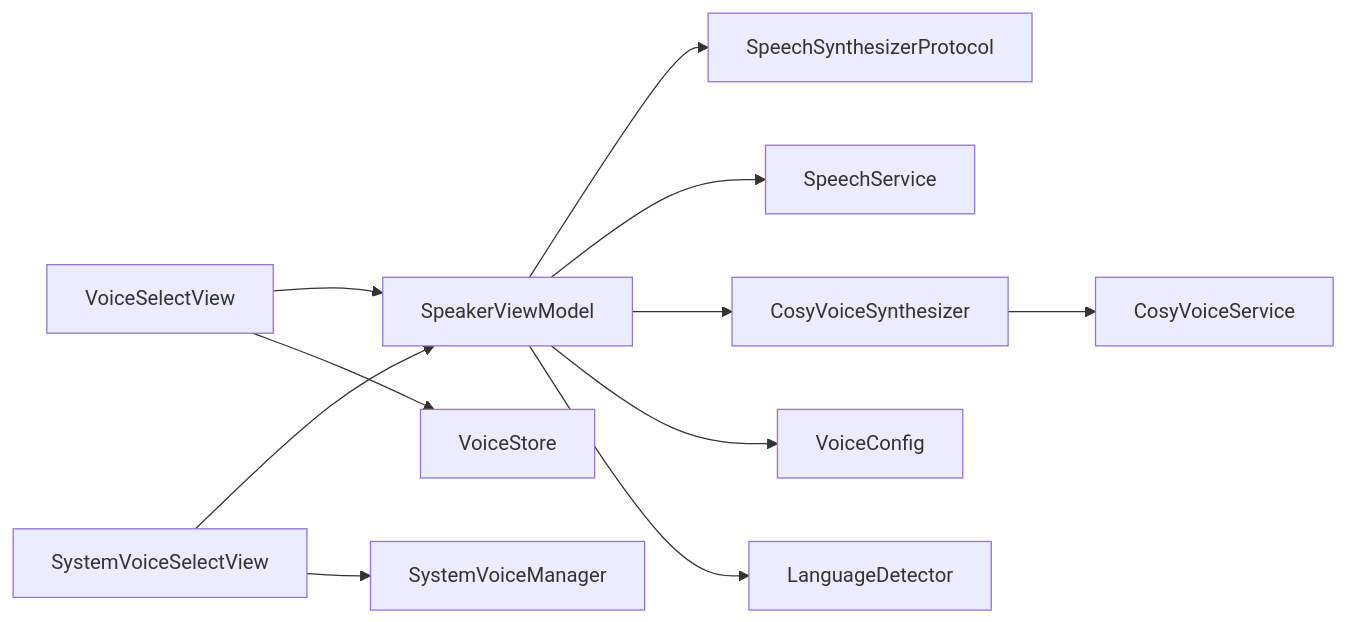
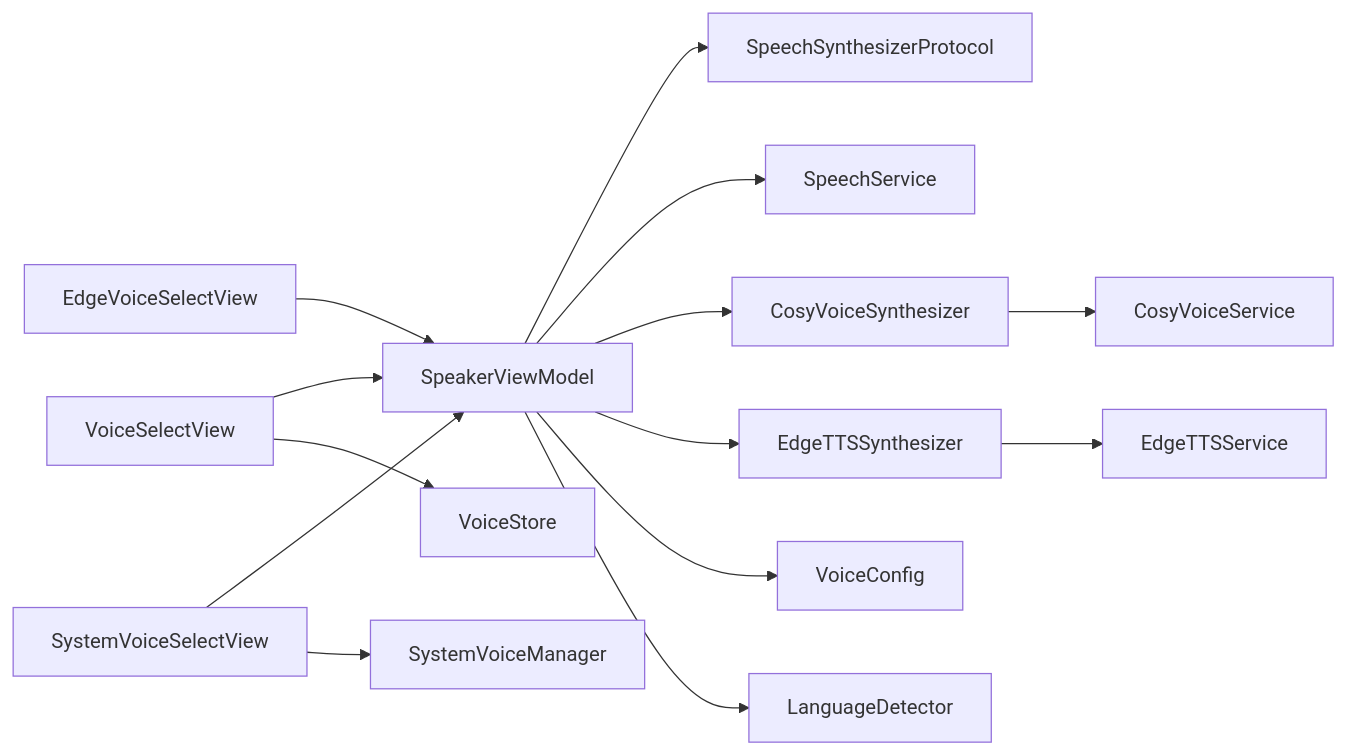
Before and after one commit to Primoguo/VoiceReader: diagram 12 of 12 in .qoder/repowiki/zh/content/用户界面设计/设置界面/语音选择界面.md, drawn with Mermaid. The commit also changed other lines of this file and 29 other files, not shown here.

````diff
--- a/.qoder/repowiki/zh/content/用户界面设计/设置界面/语音选择界面.md
+++ b/.qoder/repowiki/zh/content/用户界面设计/设置界面/语音选择界面.md
@@ -519,13 +640,16 @@
 ```mermaid
 graph LR
 VSV["VoiceSelectView"] --> SVM["SpeakerViewModel"]
+EVS["EdgeVoiceSelectView"] --> SVM
 SVSV["SystemVoiceSelectView"] --> SVM
 SVSV --> SVMgr["SystemVoiceManager"]
 SVM --> SSP["SpeechSynthesizerProtocol"]
 SVM --> SS["SpeechService"]
 SVM --> CVS["CosyVoiceSynthesizer"]
+SVM --> ETS["EdgeTTSSynthesizer"]
 CVS --> CSVS["CosyVoiceService"]
+ETS --> ETSS["EdgeTTSService"]
 VSV --> VS["VoiceStore"]
 SVM --> VC["VoiceConfig"]
 SVM --> LD["LanguageDetector"]
 ```
````
